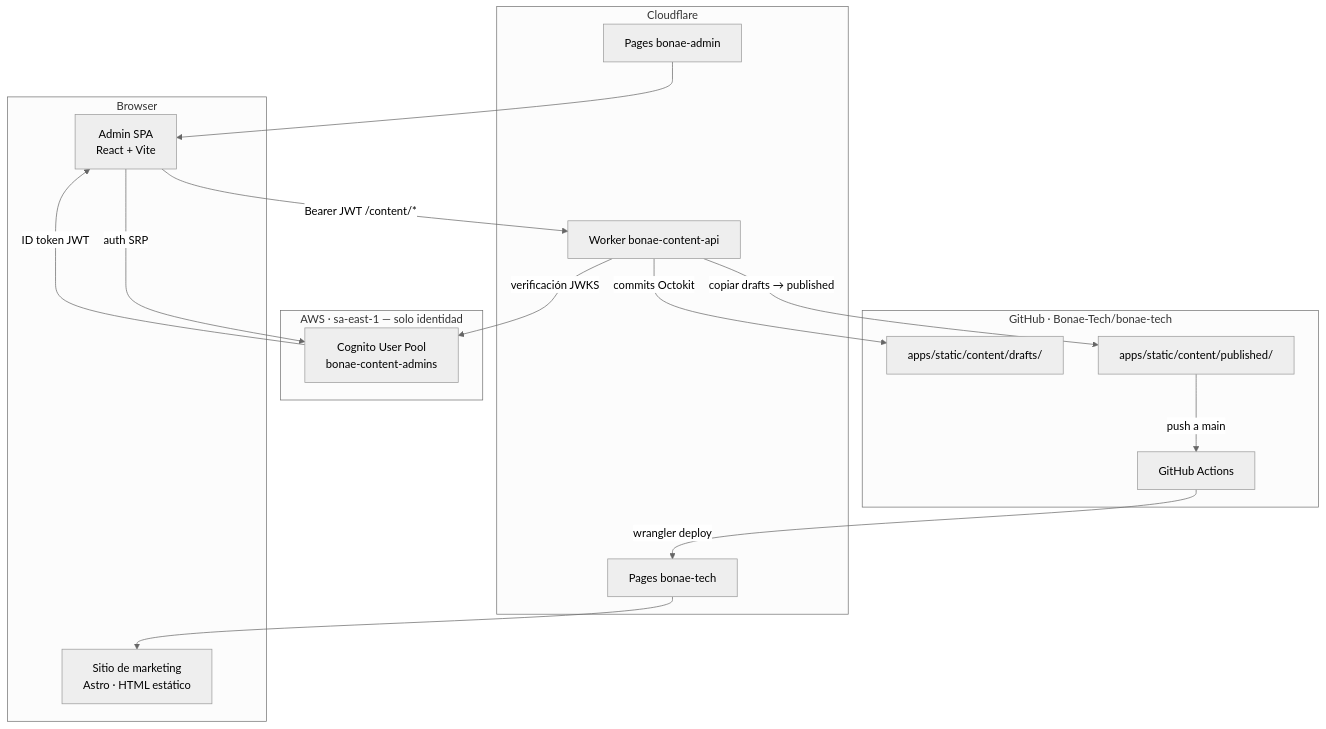
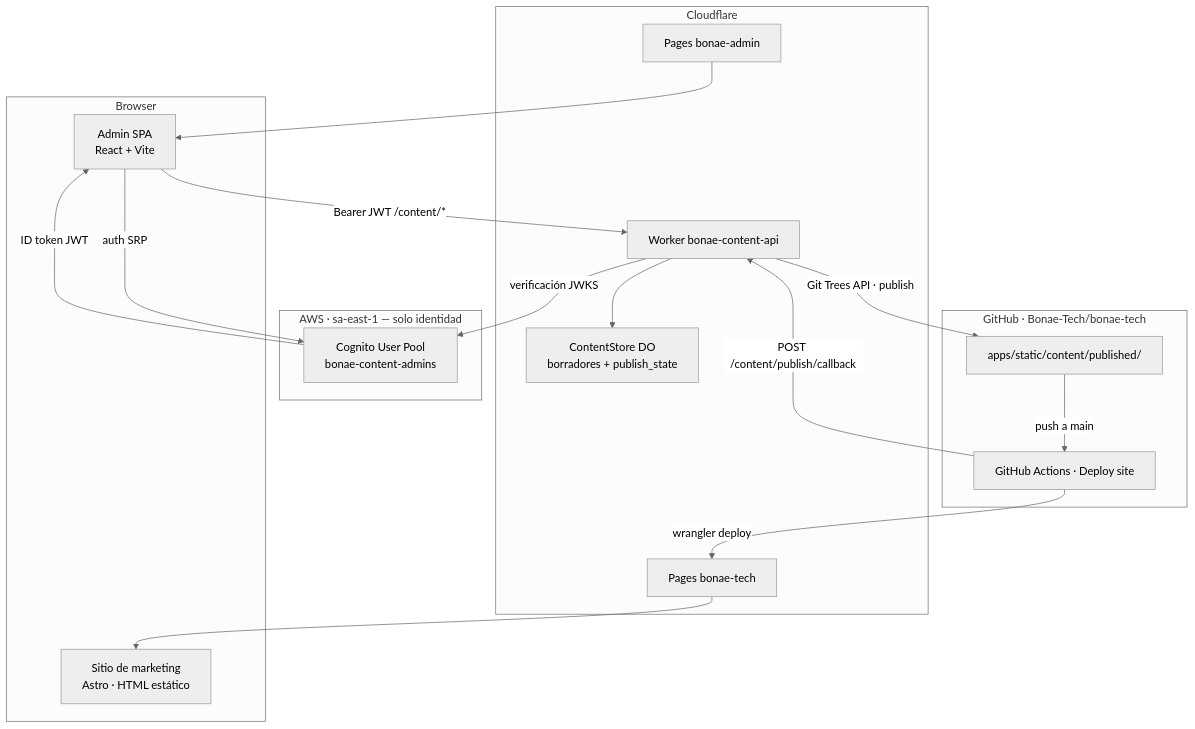
Before and after one commit to Bonae-Tech/bonae-tech: the first of 5 diagrams in docs/architecture.md, drawn with Mermaid (neutral theme). The commit also changed other lines of this file and 40 other files, not shown here.

First line of the commit message:
ContentStore: SQLite drafts, atomic publish, and admin publish overlay (#77)

````diff
--- a/docs/architecture.md
+++ b/docs/architecture.md
@@ -22,34 +22,35 @@
 ```mermaid
 flowchart TD
     subgraph Browser
         AdminSPA["Admin SPA\nReact + Vite"]
         MarketingSite["Sitio de marketing\nAstro · HTML estático"]
     end
 
     subgraph AWS["AWS · sa-east-1 — solo identidad"]
         Cognito["Cognito User Pool\nbonae-content-admins"]
     end
 
     subgraph Cloudflare
         AdminPages["Pages bonae-admin"]
         Worker["Worker bonae-content-api"]
+        DO["ContentStore DO\nborradores + publish_state"]
         CFPages["Pages bonae-tech"]
     end
 
     subgraph GitHub["GitHub · Bonae-Tech/bonae-tech"]
-        Drafts["apps/static/content/drafts/"]
         Published["apps/static/content/published/"]
-        Actions["GitHub Actions"]
+        Actions["GitHub Actions · Deploy site"]
     end
 
     AdminSPA -->|"auth SRP"| Cognito
     Cognito -->|"ID token JWT"| AdminSPA
     AdminPages --> AdminSPA
     AdminSPA -->|"Bearer JWT /content/*"| Worker
+    Worker --> DO
     Worker -->|"verificación JWKS"| Cognito
-    Worker -->|"commits Octokit"| Drafts
-    Worker -->|"copiar drafts → published"| Published
+    Worker -->|"Git Trees API · publish"| Published
     Published -->|"push a main"| Actions
     Actions -->|"wrangler deploy"| CFPages
+    Actions -->|"POST /content/publish/callback"| Worker
     CFPages --> MarketingSite
 ```
````
